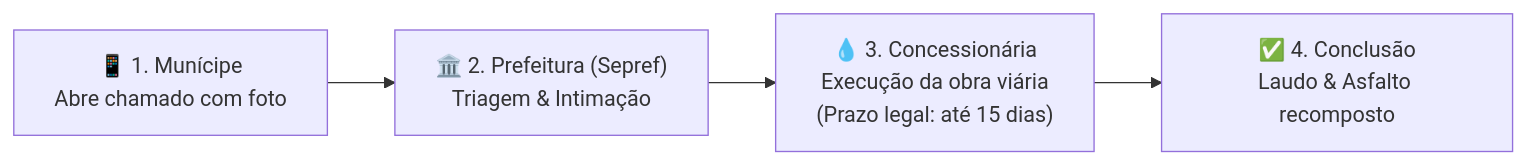
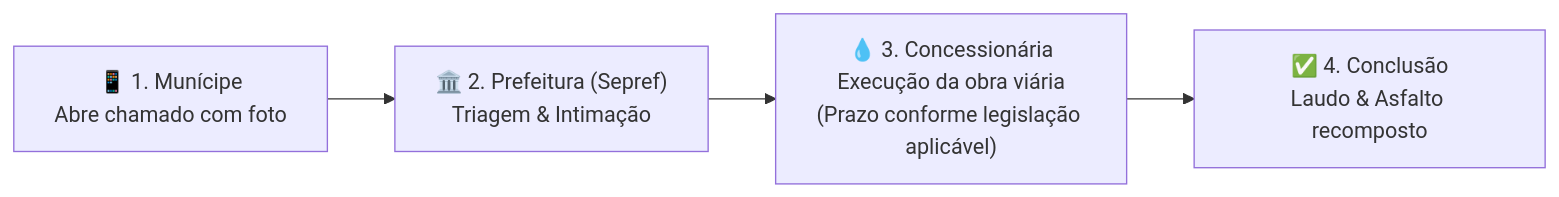
One commit to CarvalhoNathan/sabesp changed the diagram in README.md. Above: the diagram before and after it, drawn with Mermaid. The commit also changed other lines of this file and 3 other files, not shown here.

````diff
--- a/README.md
+++ b/README.md
@@ -78,6 +78,6 @@
 ```mermaid
 flowchart LR
     A["📱 1. Munícipe<br/>Abre chamado com foto"] --> B["🏛️ 2. Prefeitura (Sepref)<br/>Triagem & Intimação"]
-    B --> C["💧 3. Concessionária<br/>Execução da obra viária<br/>(Prazo legal: até 15 dias)"]
+    B --> C["💧 3. Concessionária<br/>Execução da obra viária<br/>(Prazo conforme legislação aplicável)"]
     C --> D["✅ 4. Conclusão<br/>Laudo & Asfalto recomposto"]
 ```
````
